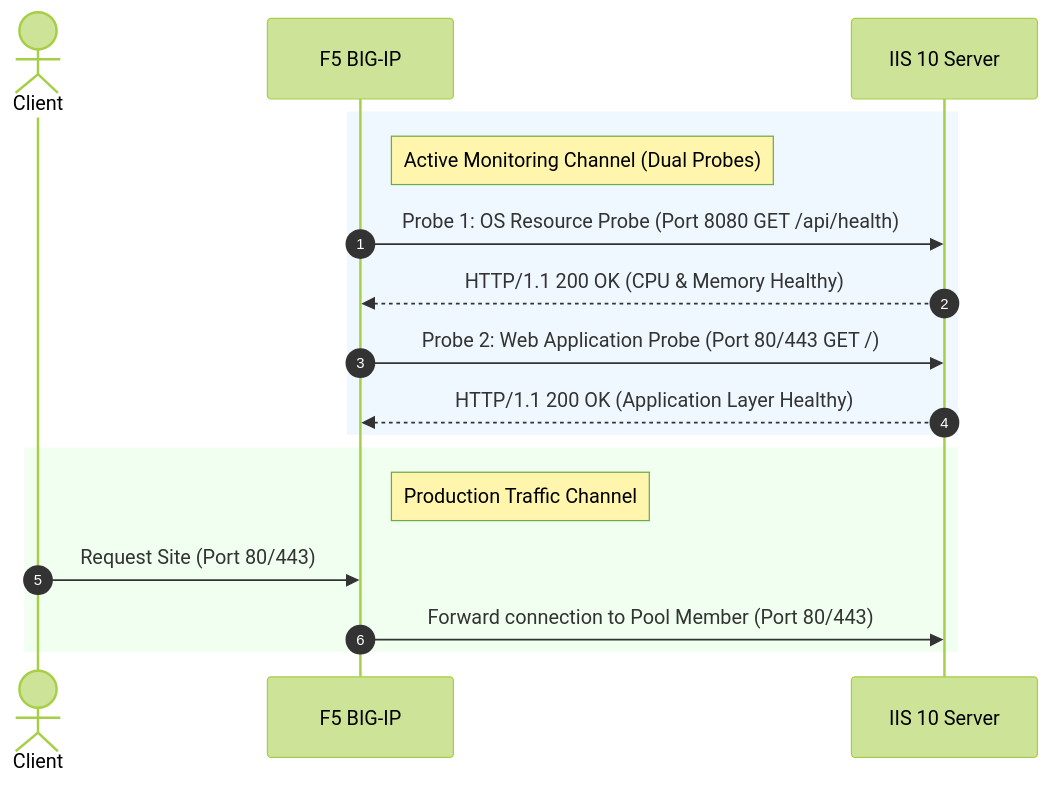
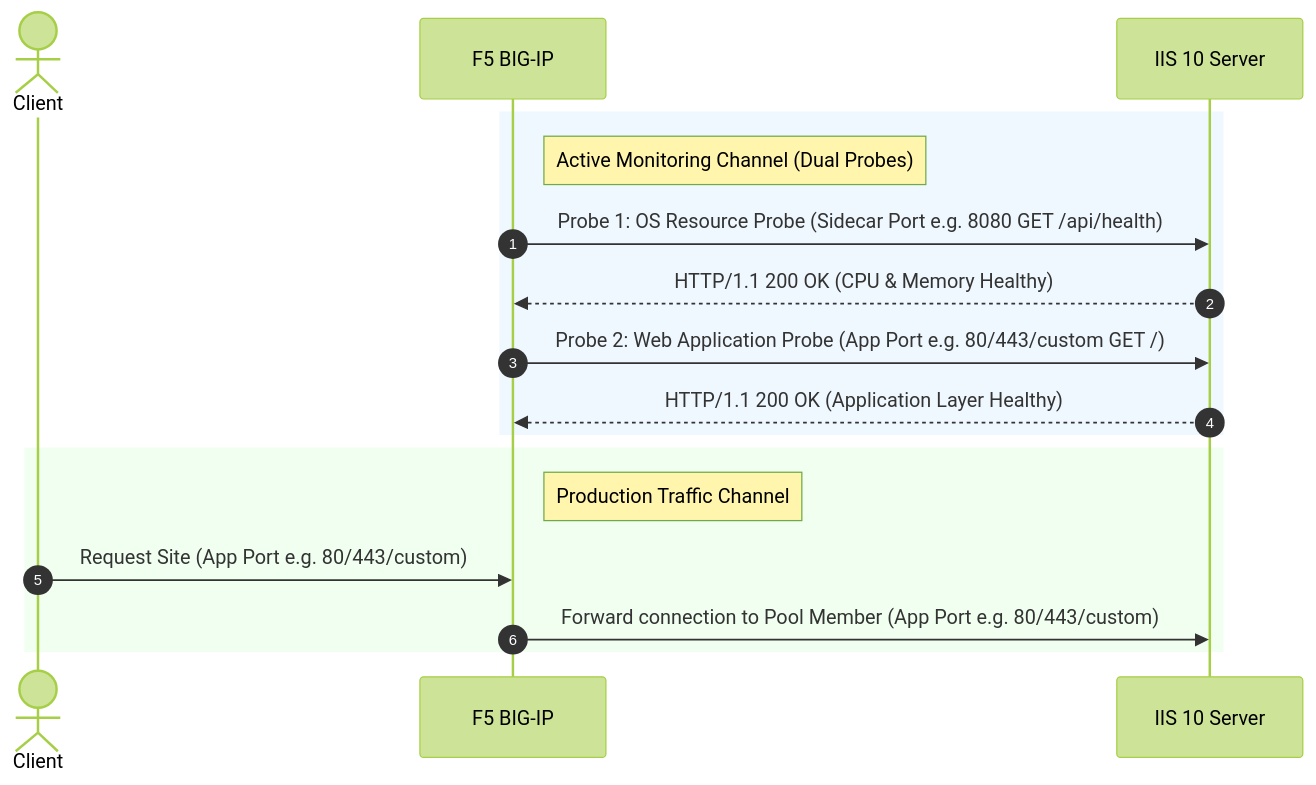
The second of 2 diagrams in readme.md (f5devcentral/IIS10-Health-Check), drawn with Mermaid (forest theme) before and after one commit. The commit also changed other lines of this file, not shown here.

Commit message:
docs: clarify application port flexibility (80, 443, custom) for app health monitor

````diff
--- a/readme.md
+++ b/readme.md
@@ -236,21 +236,21 @@
 ```mermaid
 sequenceDiagram
     autonumber
     actor Client
     participant F5 as F5 BIG-IP
     participant IIS as IIS 10 Server
     
     rect rgb(240, 248, 255)
     note right of F5: Active Monitoring Channel (Dual Probes)
-    F5->>IIS: Probe 1: OS Resource Probe (Port 8080 GET /api/health)
+    F5->>IIS: Probe 1: OS Resource Probe (Sidecar Port e.g. 8080 GET /api/health)
     IIS-->>F5: HTTP/1.1 200 OK (CPU & Memory Healthy)
-    F5->>IIS: Probe 2: Web Application Probe (Port 80/443 GET /)
+    F5->>IIS: Probe 2: Web Application Probe (App Port e.g. 80/443/custom GET /)
     IIS-->>F5: HTTP/1.1 200 OK (Application Layer Healthy)
     end
 
     rect rgb(240, 255, 240)
     note right of F5: Production Traffic Channel
-    Client->>F5: Request Site (Port 80/443)
-    F5->>IIS: Forward connection to Pool Member (Port 80/443)
+    Client->>F5: Request Site (App Port e.g. 80/443/custom)
+    F5->>IIS: Forward connection to Pool Member (App Port e.g. 80/443/custom)
     end
 ```
````
